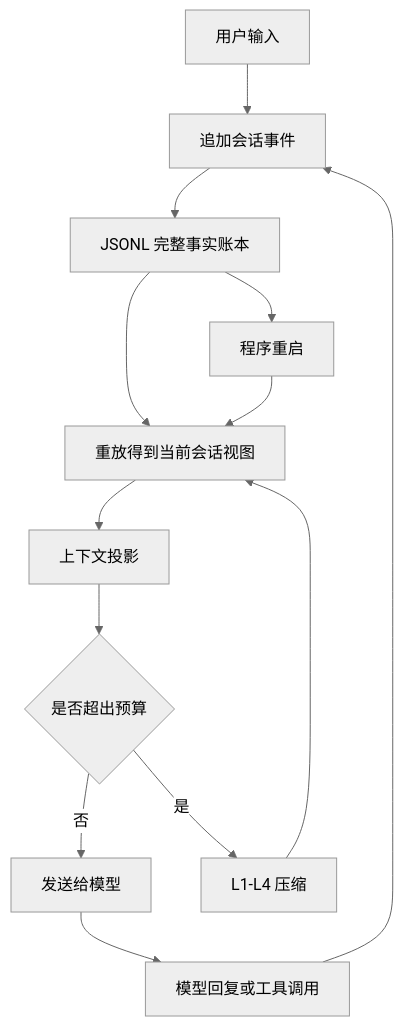
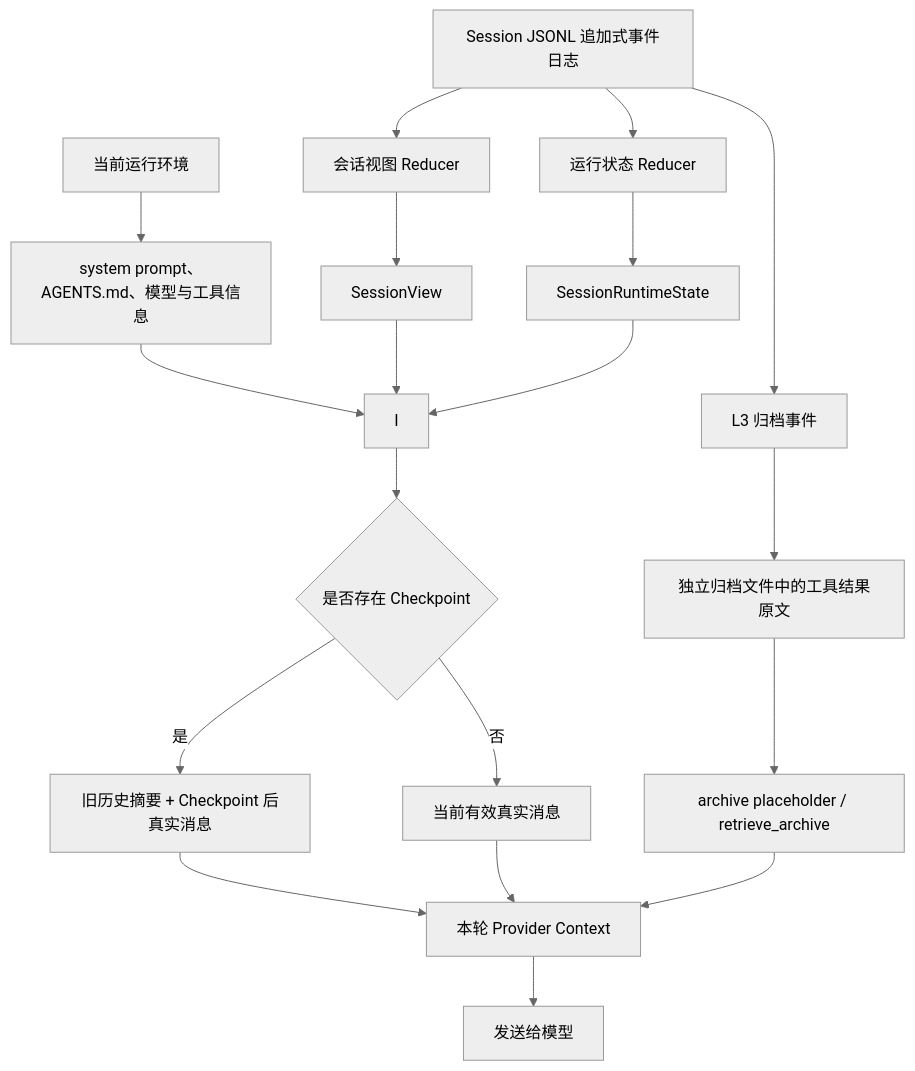
One commit to qiaoshangde/notebook changed the third of 4 diagrams in deep_learn/coding_agent/coding agent的八股.md. Above: the diagram before and after it, drawn with Mermaid (neutral theme). The commit also changed other lines of this file and 4 other files, not shown here.

````diff
--- a/deep_learn/coding_agent/coding agent的八股.md
+++ b/deep_learn/coding_agent/coding agent的八股.md
@@ -287,16 +211,21 @@
 ```mermaid
 flowchart TD
-    A[用户输入] --> B[追加会话事件]
-    B --> C[JSONL 完整事实账本]
-    C --> D[重放得到当前会话视图]
-    D --> E[上下文投影]
-    E --> F{是否超出预算}
-    F -- 否 --> G[发送给模型]
-    F -- 是 --> H[L1-L4 压缩]
-    H --> D
-    G --> I[模型回复或工具调用]
-    I --> B
-
-    C --> J[程序重启]
-    J --> D
+    A[Session JSONL 追加式事件日志] --> B[会话视图 Reducer]
+    A --> C[运行状态 Reducer]
+    B --> D[SessionView]
+    C --> E[SessionRuntimeState]
+    A --> F[L3 归档事件]
+    F --> G[独立归档文件中的工具结果原文]
+    H[当前运行环境] --> H1[system prompt、AGENTS.md、模型与工具信息]
+    H1 --> I
+    D --> I
+    E --> I
+    I --> J{是否存在 Checkpoint}
+    J -- 是 --> K[旧历史摘要 + Checkpoint 后真实消息]
+    J -- 否 --> L[当前有效真实消息]
+    G --> M[archive placeholder / retrieve_archive]
+    K --> N[本轮 Provider Context]
+    L --> N
+    M --> N
+    N --> O[发送给模型]
 ```
````
